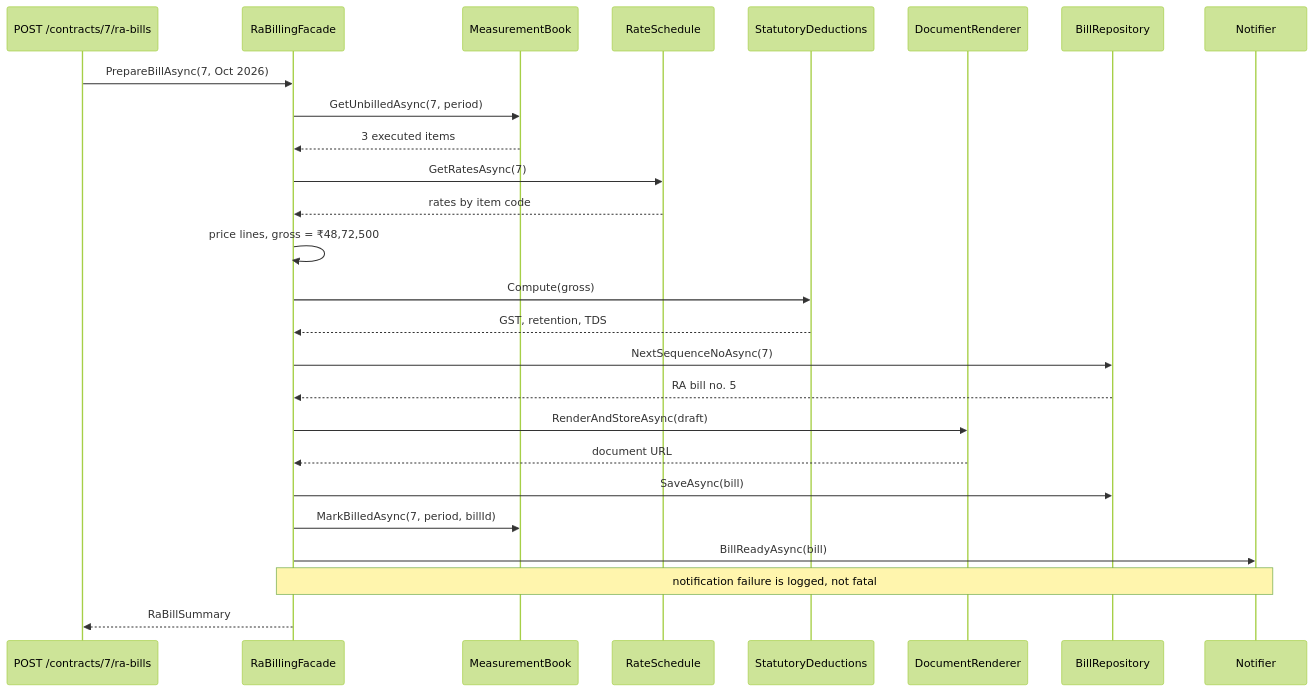
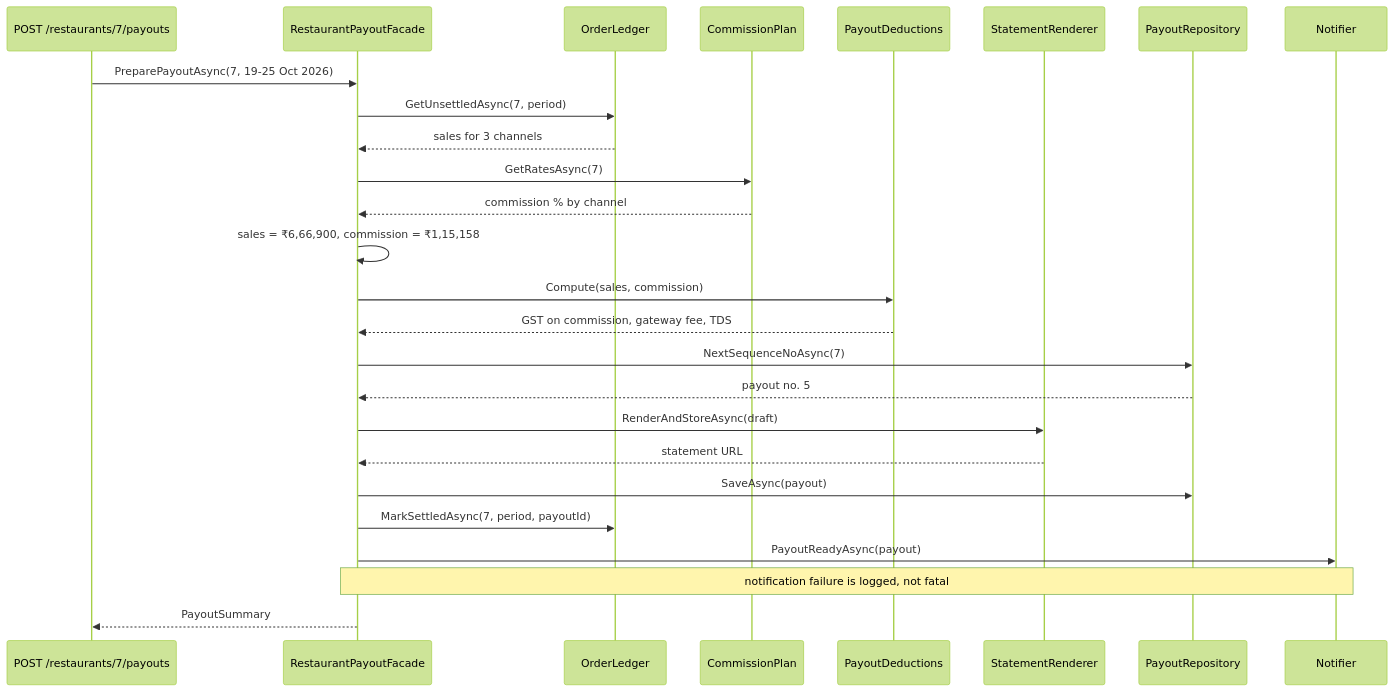
Before and after one commit to rizwi0786/system-design-lab: the second of 2 diagrams in content/lessons/m06/m06-facade.md, drawn with Mermaid (forest theme). The commit also changed other lines of this file and 334 other files, not shown here.

````diff
--- a/content/lessons/m06/m06-facade.md
+++ b/content/lessons/m06/m06-facade.md
@@ -206,28 +206,28 @@
 ```mermaid
 sequenceDiagram
-    participant C as POST /contracts/7/ra-bills
-    participant F as RaBillingFacade
-    participant MB as MeasurementBook
-    participant RS as RateSchedule
-    participant SD as StatutoryDeductions
-    participant DR as DocumentRenderer
-    participant BR as BillRepository
+    participant C as POST /restaurants/7/payouts
+    participant F as RestaurantPayoutFacade
+    participant OL as OrderLedger
+    participant CP as CommissionPlan
+    participant PD as PayoutDeductions
+    participant SR as StatementRenderer
+    participant PR as PayoutRepository
     participant N as Notifier
-    C->>F: PrepareBillAsync(7, Oct 2026)
-    F->>MB: GetUnbilledAsync(7, period)
-    MB-->>F: 3 executed items
-    F->>RS: GetRatesAsync(7)
-    RS-->>F: rates by item code
-    F->>F: price lines, gross = ₹48,72,500
-    F->>SD: Compute(gross)
-    SD-->>F: GST, retention, TDS
-    F->>BR: NextSequenceNoAsync(7)
-    BR-->>F: RA bill no. 5
-    F->>DR: RenderAndStoreAsync(draft)
-    DR-->>F: document URL
-    F->>BR: SaveAsync(bill)
-    F->>MB: MarkBilledAsync(7, period, billId)
-    F->>N: BillReadyAsync(bill)
+    C->>F: PreparePayoutAsync(7, 19-25 Oct 2026)
+    F->>OL: GetUnsettledAsync(7, period)
+    OL-->>F: sales for 3 channels
+    F->>CP: GetRatesAsync(7)
+    CP-->>F: commission % by channel
+    F->>F: sales = ₹6,66,900, commission = ₹1,15,158
+    F->>PD: Compute(sales, commission)
+    PD-->>F: GST on commission, gateway fee, TDS
+    F->>PR: NextSequenceNoAsync(7)
+    PR-->>F: payout no. 5
+    F->>SR: RenderAndStoreAsync(draft)
+    SR-->>F: statement URL
+    F->>PR: SaveAsync(payout)
+    F->>OL: MarkSettledAsync(7, period, payoutId)
+    F->>N: PayoutReadyAsync(payout)
     Note over F,N: notification failure is logged, not fatal
-    F-->>C: RaBillSummary
+    F-->>C: PayoutSummary
 ```
````
